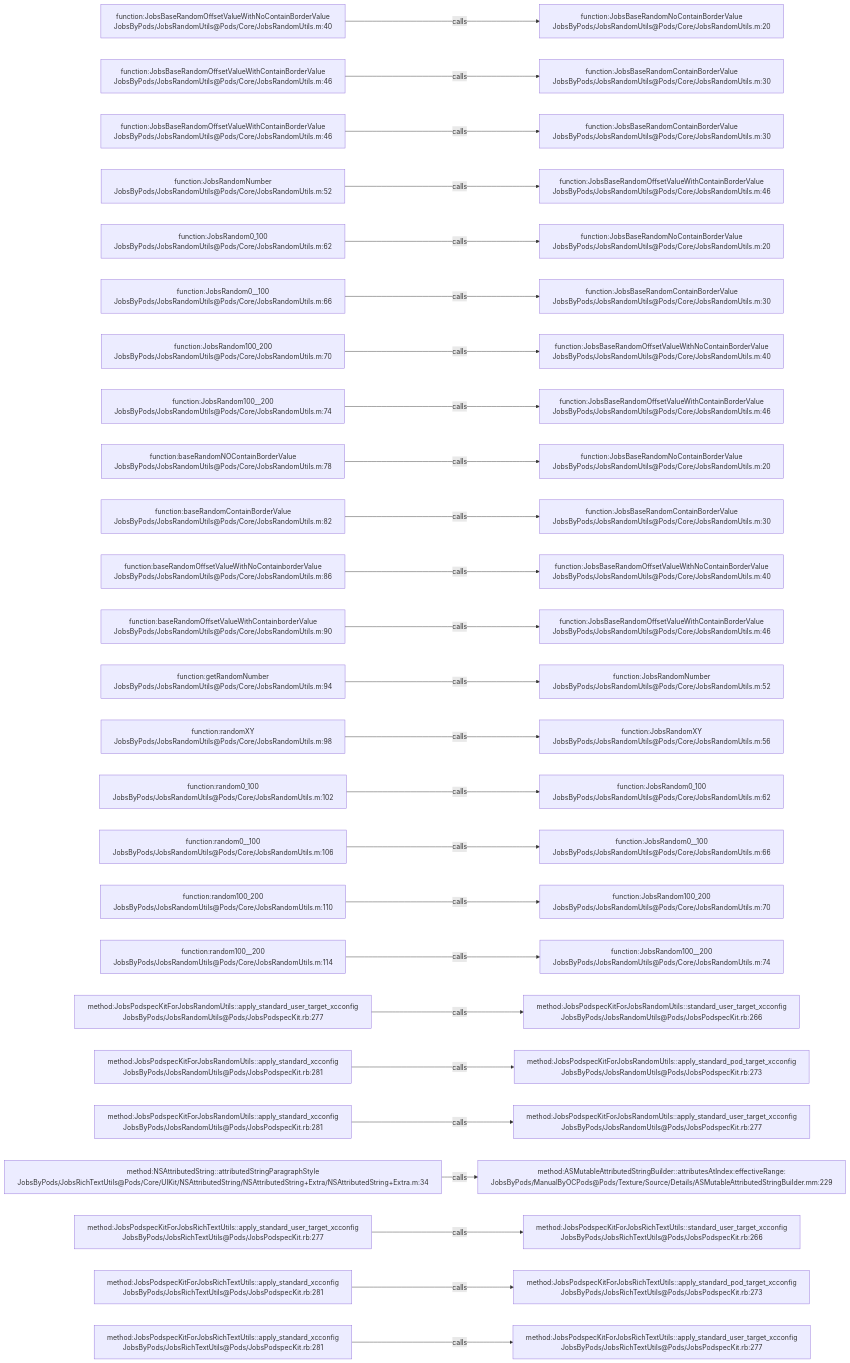
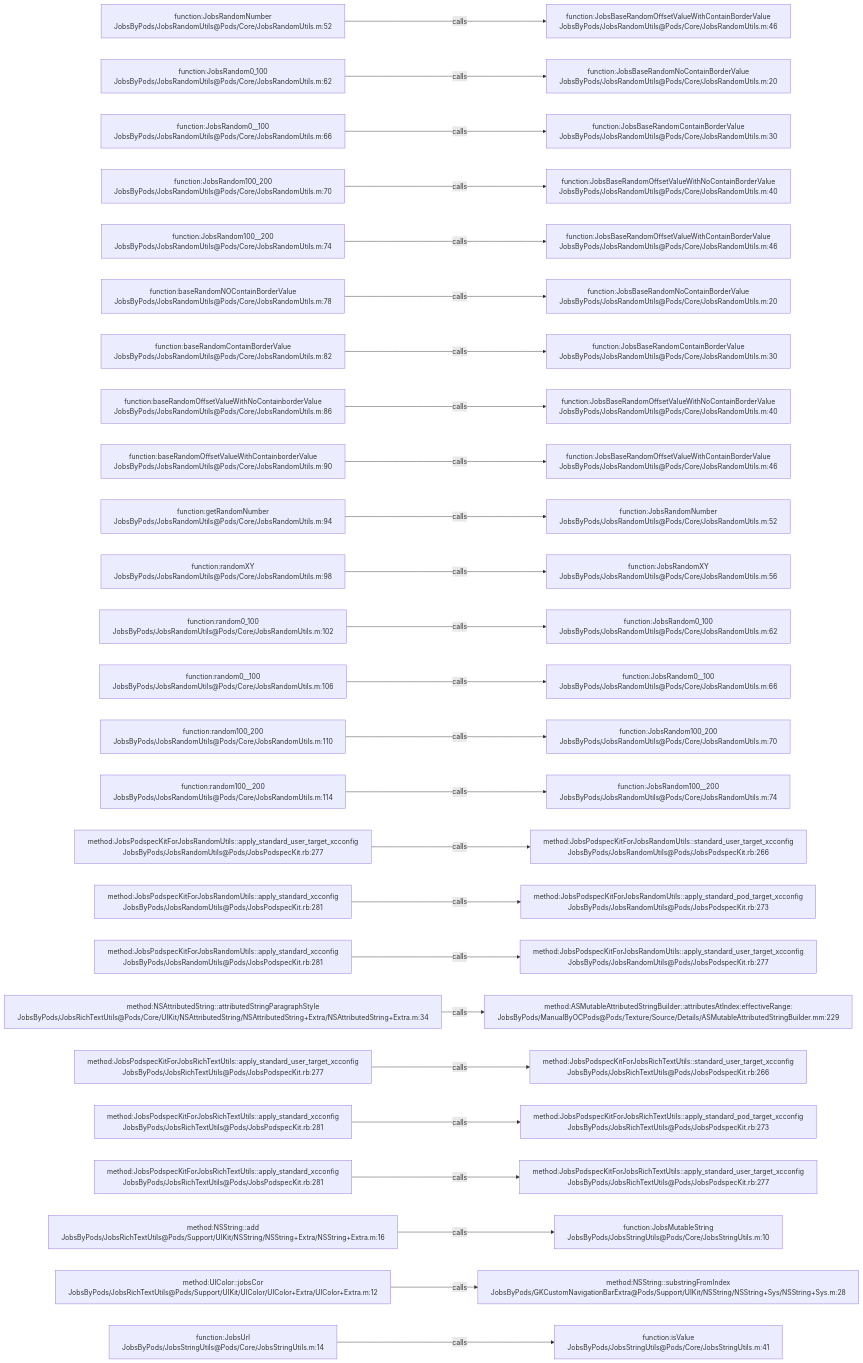
Before and after one commit to JobsKits/JobsOCBaseConfigDemo: the diagram in .codegraph/codegraph.md/graphs/calls-015.md, drawn with Mermaid. The commit also changed 342 other files, not shown here.

````diff
--- a/.codegraph/codegraph.md/graphs/calls-015.md
+++ b/.codegraph/codegraph.md/graphs/calls-015.md
@@ -13,78 +13,78 @@
 ```mermaid
 flowchart LR
-  S1["function:JobsBaseRandomOffsetValueWithNoContainBorderValue<br/>JobsByPods/JobsRandomUtils@Pods/Core/JobsRandomUtils.m:40"]
-  T1["function:JobsBaseRandomNoContainBorderValue<br/>JobsByPods/JobsRandomUtils@Pods/Core/JobsRandomUtils.m:20"]
+  S1["function:JobsRandomNumber<br/>JobsByPods/JobsRandomUtils@Pods/Core/JobsRandomUtils.m:52"]
+  T1["function:JobsBaseRandomOffsetValueWithContainBorderValue<br/>JobsByPods/JobsRandomUtils@Pods/Core/JobsRandomUtils.m:46"]
   S1 -->|calls| T1
-  S2["function:JobsBaseRandomOffsetValueWithContainBorderValue<br/>JobsByPods/JobsRandomUtils@Pods/Core/JobsRandomUtils.m:46"]
-  T2["function:JobsBaseRandomContainBorderValue<br/>JobsByPods/JobsRandomUtils@Pods/Core/JobsRandomUtils.m:30"]
+  S2["function:JobsRandom0_100<br/>JobsByPods/JobsRandomUtils@Pods/Core/JobsRandomUtils.m:62"]
+  T2["function:JobsBaseRandomNoContainBorderValue<br/>JobsByPods/JobsRandomUtils@Pods/Core/JobsRandomUtils.m:20"]
   S2 -->|calls| T2
-  S3["function:JobsBaseRandomOffsetValueWithContainBorderValue<br/>JobsByPods/JobsRandomUtils@Pods/Core/JobsRandomUtils.m:46"]
+  S3["function:JobsRandom0__100<br/>JobsByPods/JobsRandomUtils@Pods/Core/JobsRandomUtils.m:66"]
   T3["function:JobsBaseRandomContainBorderValue<br/>JobsByPods/JobsRandomUtils@Pods/Core/JobsRandomUtils.m:30"]
   S3 -->|calls| T3
-  S4["function:JobsRandomNumber<br/>JobsByPods/JobsRandomUtils@Pods/Core/JobsRandomUtils.m:52"]
-  T4["function:JobsBaseRandomOffsetValueWithContainBorderValue<br/>JobsByPods/JobsRandomUtils@Pods/Core/JobsRandomUtils.m:46"]
+  S4["function:JobsRandom100_200<br/>JobsByPods/JobsRandomUtils@Pods/Core/JobsRandomUtils.m:70"]
+  T4["function:JobsBaseRandomOffsetValueWithNoContainBorderValue<br/>JobsByPods/JobsRandomUtils@Pods/Core/JobsRandomUtils.m:40"]
   S4 -->|calls| T4
-  S5["function:JobsRandom0_100<br/>JobsByPods/JobsRandomUtils@Pods/Core/JobsRandomUtils.m:62"]
-  T5["function:JobsBaseRandomNoContainBorderValue<br/>JobsByPods/JobsRandomUtils@Pods/Core/JobsRandomUtils.m:20"]
+  S5["function:JobsRandom100__200<br/>JobsByPods/JobsRandomUtils@Pods/Core/JobsRandomUtils.m:74"]
+  T5["function:JobsBaseRandomOffsetValueWithContainBorderValue<br/>JobsByPods/JobsRandomUtils@Pods/Core/JobsRandomUtils.m:46"]
   S5 -->|calls| T5
-  S6["function:JobsRandom0__100<br/>JobsByPods/JobsRandomUtils@Pods/Core/JobsRandomUtils.m:66"]
-  T6["function:JobsBaseRandomContainBorderValue<br/>JobsByPods/JobsRandomUtils@Pods/Core/JobsRandomUtils.m:30"]
+  S6["function:baseRandomNOContainBorderValue<br/>JobsByPods/JobsRandomUtils@Pods/Core/JobsRandomUtils.m:78"]
+  T6["function:JobsBaseRandomNoContainBorderValue<br/>JobsByPods/JobsRandomUtils@Pods/Core/JobsRandomUtils.m:20"]
   S6 -->|calls| T6
-  S7["function:JobsRandom100_200<br/>JobsByPods/JobsRandomUtils@Pods/Core/JobsRandomUtils.m:70"]
-  T7["function:JobsBaseRandomOffsetValueWithNoContainBorderValue<br/>JobsByPods/JobsRandomUtils@Pods/Core/JobsRandomUtils.m:40"]
+  S7["function:baseRandomContainBorderValue<br/>JobsByPods/JobsRandomUtils@Pods/Core/JobsRandomUtils.m:82"]
+  T7["function:JobsBaseRandomContainBorderValue<br/>JobsByPods/JobsRandomUtils@Pods/Core/JobsRandomUtils.m:30"]
   S7 -->|calls| T7
-  S8["function:JobsRandom100__200<br/>JobsByPods/JobsRandomUtils@Pods/Core/JobsRandomUtils.m:74"]
-  T8["function:JobsBaseRandomOffsetValueWithContainBorderValue<br/>JobsByPods/JobsRandomUtils@Pods/Core/JobsRandomUtils.m:46"]
+  S8["function:baseRandomOffsetValueWithNoContainborderValue<br/>JobsByPods/JobsRandomUtils@Pods/Core/JobsRandomUtils.m:86"]
+  T8["function:JobsBaseRandomOffsetValueWithNoContainBorderValue<br/>JobsByPods/JobsRandomUtils@Pods/Core/JobsRandomUtils.m:40"]
   S8 -->|calls| T8
-  S9["function:baseRandomNOContainBorderValue<br/>JobsByPods/JobsRandomUtils@Pods/Core/JobsRandomUtils.m:78"]
-  T9["function:JobsBaseRandomNoContainBorderValue<br/>JobsByPods/JobsRandomUtils@Pods/Core/JobsRandomUtils.m:20"]
+  S9["function:baseRandomOffsetValueWithContainborderValue<br/>JobsByPods/JobsRandomUtils@Pods/Core/JobsRandomUtils.m:90"]
+  T9["function:JobsBaseRandomOffsetValueWithContainBorderValue<br/>JobsByPods/JobsRandomUtils@Pods/Core/JobsRandomUtils.m:46"]
   S9 -->|calls| T9
-  S10["function:baseRandomContainBorderValue<br/>JobsByPods/JobsRandomUtils@Pods/Core/JobsRandomUtils.m:82"]
-  T10["function:JobsBaseRandomContainBorderValue<br/>JobsByPods/JobsRandomUtils@Pods/Core/JobsRandomUtils.m:30"]
+  S10["function:getRandomNumber<br/>JobsByPods/JobsRandomUtils@Pods/Core/JobsRandomUtils.m:94"]
+  T10["function:JobsRandomNumber<br/>JobsByPods/JobsRandomUtils@Pods/Core/JobsRandomUtils.m:52"]
   S10 -->|calls| T10
-  S11["function:baseRandomOffsetValueWithNoContainborderValue<br/>JobsByPods/JobsRandomUtils@Pods/Core/JobsRandomUtils.m:86"]
-  T11["function:JobsBaseRandomOffsetValueWithNoContainBorderValue<br/>JobsByPods/JobsRandomUtils@Pods/Core/JobsRandomUtils.m:40"]
+  S11["function:randomXY<br/>JobsByPods/JobsRandomUtils@Pods/Core/JobsRandomUtils.m:98"]
+  T11["function:JobsRandomXY<br/>JobsByPods/JobsRandomUtils@Pods/Core/JobsRandomUtils.m:56"]
   S11 -->|calls| T11
-  S12["function:baseRandomOffsetValueWithContainborderValue<br/>JobsByPods/JobsRandomUtils@Pods/Core/JobsRandomUtils.m:90"]
-  T12["function:JobsBaseRandomOffsetValueWithContainBorderValue<br/>JobsByPods/JobsRandomUtils@Pods/Core/JobsRandomUtils.m:46"]
+  S12["function:random0_100<br/>JobsByPods/JobsRandomUtils@Pods/Core/JobsRandomUtils.m:102"]
+  T12["function:JobsRandom0_100<br/>JobsByPods/JobsRandomUtils@Pods/Core/JobsRandomUtils.m:62"]
   S12 -->|calls| T12
-  S13["function:getRandomNumber<br/>JobsByPods/JobsRandomUtils@Pods/Core/JobsRandomUtils.m:94"]
-  T13["function:JobsRandomNumber<br/>JobsByPods/JobsRandomUtils@Pods/Core/JobsRandomUtils.m:52"]
+  S13["function:random0__100<br/>JobsByPods/JobsRandomUtils@Pods/Core/JobsRandomUtils.m:106"]
+  T13["function:JobsRandom0__100<br/>JobsByPods/JobsRandomUtils@Pods/Core/JobsRandomUtils.m:66"]
   S13 -->|calls| T13
-  S14["function:randomXY<br/>JobsByPods/JobsRandomUtils@Pods/Core/JobsRandomUtils.m:98"]
-  T14["function:JobsRandomXY<br/>JobsByPods/JobsRandomUtils@Pods/Core/JobsRandomUtils.m:56"]
+  S14["function:random100_200<br/>JobsByPods/JobsRandomUtils@Pods/Core/JobsRandomUtils.m:110"]
+  T14["function:JobsRandom100_200<br/>JobsByPods/JobsRandomUtils@Pods/Core/JobsRandomUtils.m:70"]
   S14 -->|calls| T14
-  S15["function:random0_100<br/>JobsByPods/JobsRandomUtils@Pods/Core/JobsRandomUtils.m:102"]
-  T15["function:JobsRandom0_100<br/>JobsByPods/JobsRandomUtils@Pods/Core/JobsRandomUtils.m:62"]
+  S15["function:random100__200<br/>JobsByPods/JobsRandomUtils@Pods/Core/JobsRandomUtils.m:114"]
+  T15["function:JobsRandom100__200<br/>JobsByPods/JobsRandomUtils@Pods/Core/JobsRandomUtils.m:74"]
   S15 -->|calls| T15
-  S16["function:random0__100<br/>JobsByPods/JobsRandomUtils@Pods/Core/JobsRandomUtils.m:106"]
-  T16["function:JobsRandom0__100<br/>JobsByPods/JobsRandomUtils@Pods/Core/JobsRandomUtils.m:66"]
+  S16["method:JobsPodspecKitForJobsRandomUtils::apply_standard_user_target_xcconfig<br/>JobsByPods/JobsRandomUtils@Pods/JobsPodspecKit.rb:277"]
+  T16["method:JobsPodspecKitForJobsRandomUtils::standard_user_target_xcconfig<br/>JobsByPods/JobsRandomUtils@Pods/JobsPodspecKit.rb:266"]
   S16 -->|calls| T16
-  S17["function:random100_200<br/>JobsByPods/JobsRandomUtils@Pods/Core/JobsRandomUtils.m:110"]
-  T17["function:JobsRandom100_200<br/>JobsByPods/JobsRandomUtils@Pods/Core/JobsRandomUtils.m:70"]
+  S17["method:JobsPodspecKitForJobsRandomUtils::apply_standard_xcconfig<br/>JobsByPods/JobsRandomUtils@Pods/JobsPodspecKit.rb:281"]
+  T17["method:JobsPodspecKitForJobsRandomUtils::apply_standard_pod_target_xcconfig<br/>JobsByPods/JobsRandomUtils@Pods/JobsPodspecKit.rb:273"]
   S17 -->|calls| T17
-  S18["function:random100__200<br/>JobsByPods/JobsRandomUtils@Pods/Core/JobsRandomUtils.m:114"]
-  T18["function:JobsRandom100__200<br/>JobsByPods/JobsRandomUtils@Pods/Core/JobsRandomUtils.m:74"]
+  S18["method:JobsPodspecKitForJobsRandomUtils::apply_standard_xcconfig<br/>JobsByPods/JobsRandomUtils@Pods/JobsPodspecKit.rb:281"]
+  T18["method:JobsPodspecKitForJobsRandomUtils::apply_standard_user_target_xcconfig<br/>JobsByPods/JobsRandomUtils@Pods/JobsPodspecKit.rb:277"]
   S18 -->|calls| T18
-  S19["method:JobsPodspecKitForJobsRandomUtils::apply_standard_user_target_xcconfig<br/>JobsByPods/JobsRandomUtils@Pods/JobsPodspecKit.rb:277"]
-  T19["method:JobsPodspecKitForJobsRandomUtils::standard_user_target_xcconfig<br/>JobsByPods/JobsRandomUtils@Pods/JobsPodspecKit.rb:266"]
+  S19["method:NSAttributedString::attributedStringParagraphStyle<br/>JobsByPods/JobsRichTextUtils@Pods/Core/UIKit/NSAttributedString/NSAttributedString+Extra/NSAttributedString+Extra.m:34"]
+  T19["method:ASMutableAttributedStringBuilder::attributesAtIndex:effectiveRange:<br/>JobsByPods/ManualByOCPods@Pods/Texture/Source/Details/ASMutableAttributedStringBuilder.mm:229"]
   S19 -->|calls| T19
-  S20["method:JobsPodspecKitForJobsRandomUtils::apply_standard_xcconfig<br/>JobsByPods/JobsRandomUtils@Pods/JobsPodspecKit.rb:281"]
-  T20["method:JobsPodspecKitForJobsRandomUtils::apply_standard_pod_target_xcconfig<br/>JobsByPods/JobsRandomUtils@Pods/JobsPodspecKit.rb:273"]
+  S20["method:JobsPodspecKitForJobsRichTextUtils::apply_standard_user_target_xcconfig<br/>JobsByPods/JobsRichTextUtils@Pods/JobsPodspecKit.rb:277"]
+  T20["method:JobsPodspecKitForJobsRichTextUtils::standard_user_target_xcconfig<br/>JobsByPods/JobsRichTextUtils@Pods/JobsPodspecKit.rb:266"]
   S20 -->|calls| T20
-  S21["method:JobsPodspecKitForJobsRandomUtils::apply_standard_xcconfig<br/>JobsByPods/JobsRandomUtils@Pods/JobsPodspecKit.rb:281"]
-  T21["method:JobsPodspecKitForJobsRandomUtils::apply_standard_user_target_xcconfig<br/>JobsByPods/JobsRandomUtils@Pods/JobsPodspecKit.rb:277"]
+  S21["method:JobsPodspecKitForJobsRichTextUtils::apply_standard_xcconfig<br/>JobsByPods/JobsRichTextUtils@Pods/JobsPodspecKit.rb:281"]
+  T21["method:JobsPodspecKitForJobsRichTextUtils::apply_standard_pod_target_xcconfig<br/>JobsByPods/JobsRichTextUtils@Pods/JobsPodspecKit.rb:273"]
   S21 -->|calls| T21
-  S22["method:NSAttributedString::attributedStringParagraphStyle<br/>JobsByPods/JobsRichTextUtils@Pods/Core/UIKit/NSAttributedString/NSAttributedString+Extra/NSAttributedString+Extra.m:34"]
-  T22["method:ASMutableAttributedStringBuilder::attributesAtIndex:effectiveRange:<br/>JobsByPods/ManualByOCPods@Pods/Texture/Source/Details/ASMutableAttributedStringBuilder.mm:229"]
+  S22["method:JobsPodspecKitForJobsRichTextUtils::apply_standard_xcconfig<br/>JobsByPods/JobsRichTextUtils@Pods/JobsPodspecKit.rb:281"]
+  T22["method:JobsPodspecKitForJobsRichTextUtils::apply_standard_user_target_xcconfig<br/>JobsByPods/JobsRichTextUtils@Pods/JobsPodspecKit.rb:277"]
   S22 -->|calls| T22
-  S23["method:JobsPodspecKitForJobsRichTextUtils::apply_standard_user_target_xcconfig<br/>JobsByPods/JobsRichTextUtils@Pods/JobsPodspecKit.rb:277"]
-  T23["method:JobsPodspecKitForJobsRichTextUtils::standard_user_target_xcconfig<br/>JobsByPods/JobsRichTextUtils@Pods/JobsPodspecKit.rb:266"]
+  S23["method:NSString::add<br/>JobsByPods/JobsRichTextUtils@Pods/Support/UIKit/NSString/NSString+Extra/NSString+Extra.m:16"]
+  T23["function:JobsMutableString<br/>JobsByPods/JobsStringUtils@Pods/Core/JobsStringUtils.m:10"]
   S23 -->|calls| T23
-  S24["method:JobsPodspecKitForJobsRichTextUtils::apply_standard_xcconfig<br/>JobsByPods/JobsRichTextUtils@Pods/JobsPodspecKit.rb:281"]
-  T24["method:JobsPodspecKitForJobsRichTextUtils::apply_standard_pod_target_xcconfig<br/>JobsByPods/JobsRichTextUtils@Pods/JobsPodspecKit.rb:273"]
+  S24["method:UIColor::jobsCor<br/>JobsByPods/JobsRichTextUtils@Pods/Support/UIKit/UIColor/UIColor+Extra/UIColor+Extra.m:12"]
+  T24["method:NSString::substringFromIndex<br/>JobsByPods/GKCustomNavigationBarExtra@Pods/Support/UIKit/NSString/NSString+Sys/NSString+Sys.m:28"]
   S24 -->|calls| T24
-  S25["method:JobsPodspecKitForJobsRichTextUtils::apply_standard_xcconfig<br/>JobsByPods/JobsRichTextUtils@Pods/JobsPodspecKit.rb:281"]
-  T25["method:JobsPodspecKitForJobsRichTextUtils::apply_standard_user_target_xcconfig<br/>JobsByPods/JobsRichTextUtils@Pods/JobsPodspecKit.rb:277"]
+  S25["function:JobsUrl<br/>JobsByPods/JobsStringUtils@Pods/Core/JobsStringUtils.m:14"]
+  T25["function:isValue<br/>JobsByPods/JobsStringUtils@Pods/Core/JobsStringUtils.m:41"]
   S25 -->|calls| T25
 ```
````
